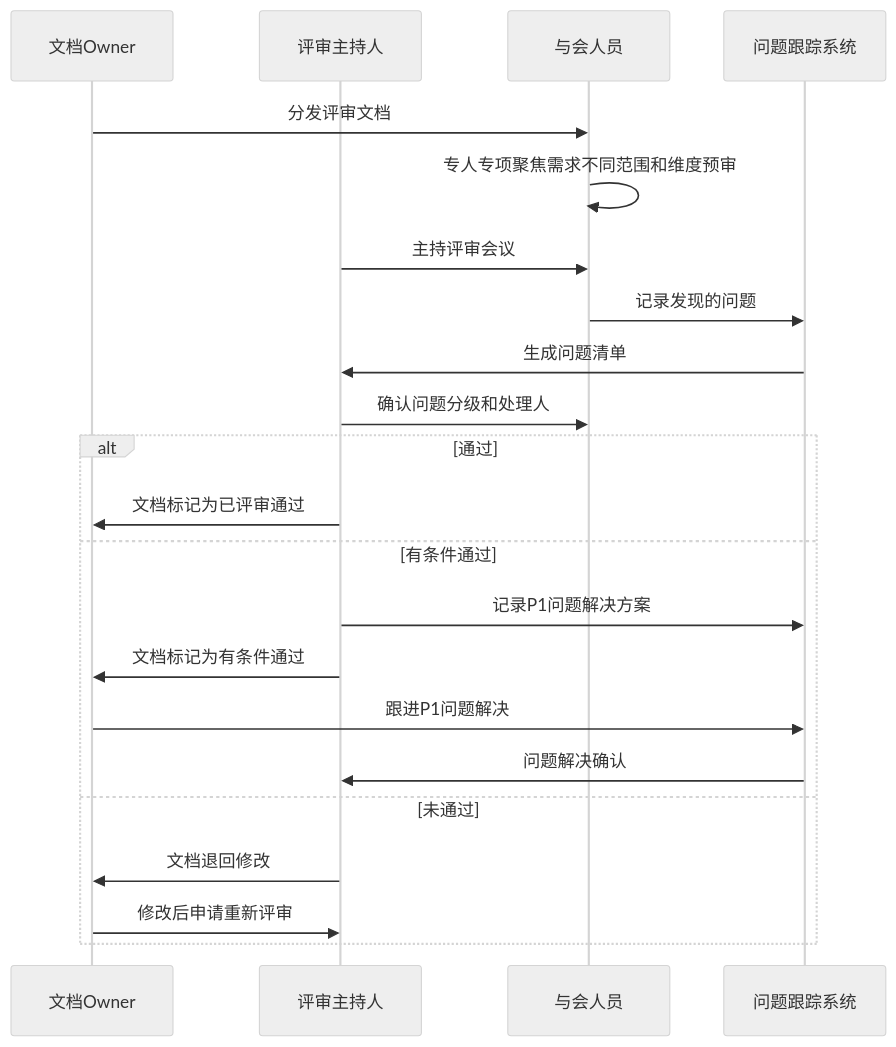
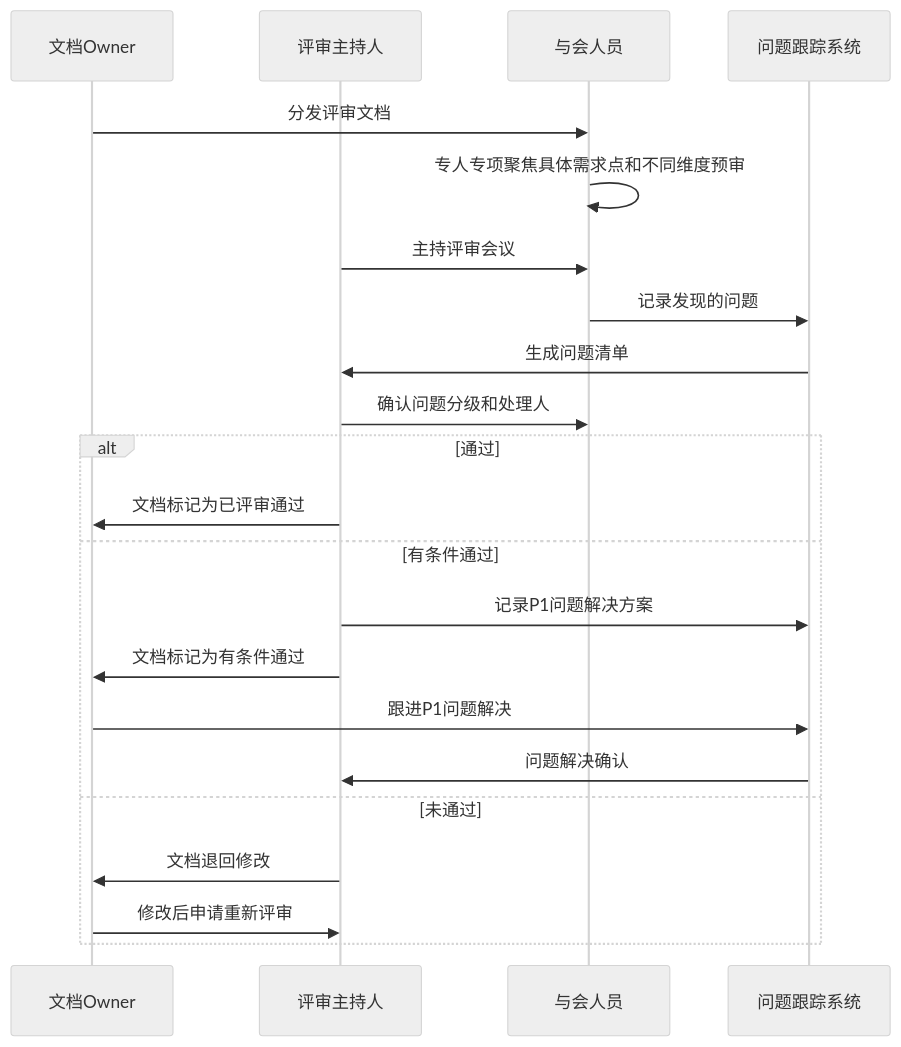
One commit to Taskon-xyz/PR changed diagram 11 of 11 in 开发流程图.md. Above: the diagram before and after it, drawn with Mermaid (neutral theme). The commit also changed 1 other file, not shown here.

````diff
--- a/开发流程图.md
+++ b/开发流程图.md
@@ -270,26 +270,26 @@
 ```mermaid
 sequenceDiagram
     participant D as 文档Owner
     participant A as 评审主持人
     participant B as 与会人员
     participant C as 问题跟踪系统
   
     D->>B: 分发评审文档
-    B->>B: 专人专项聚焦需求不同范围和维度预审
+    B->>B: 专人专项聚焦具体需求点和不同维度预审
     A->>B: 主持评审会议
     B->>C: 记录发现的问题
     C->>A: 生成问题清单
     A->>B: 确认问题分级和处理人
   
     alt 通过
         A->>D: 文档标记为已评审通过
     else 有条件通过
         A->>C: 记录P1问题解决方案
         A->>D: 文档标记为有条件通过
         D->>C: 跟进P1问题解决
         C->>A: 问题解决确认
     else 未通过
         A->>D: 文档退回修改
         D->>A: 修改后申请重新评审
     end
 ```
````
